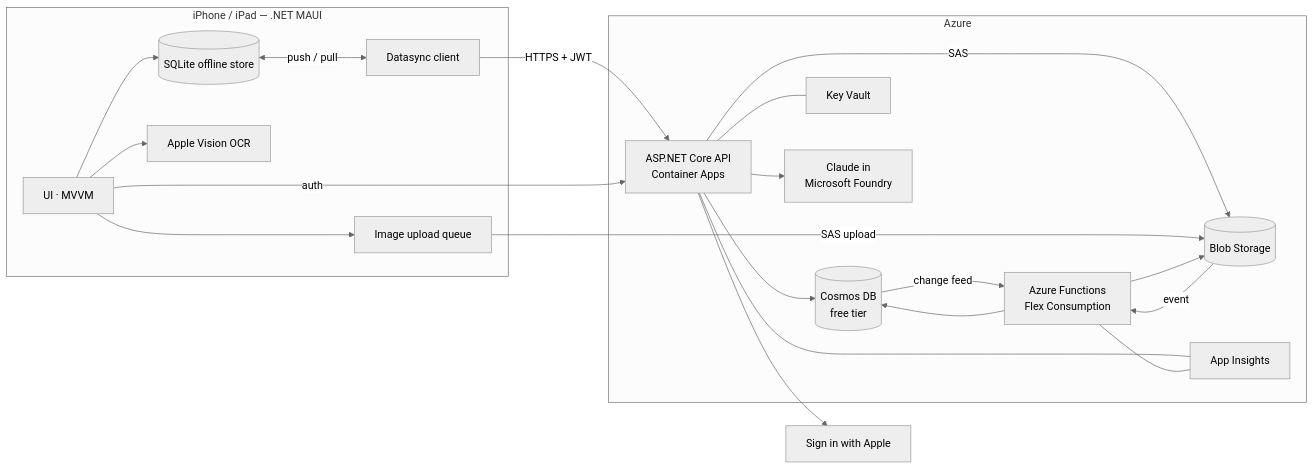
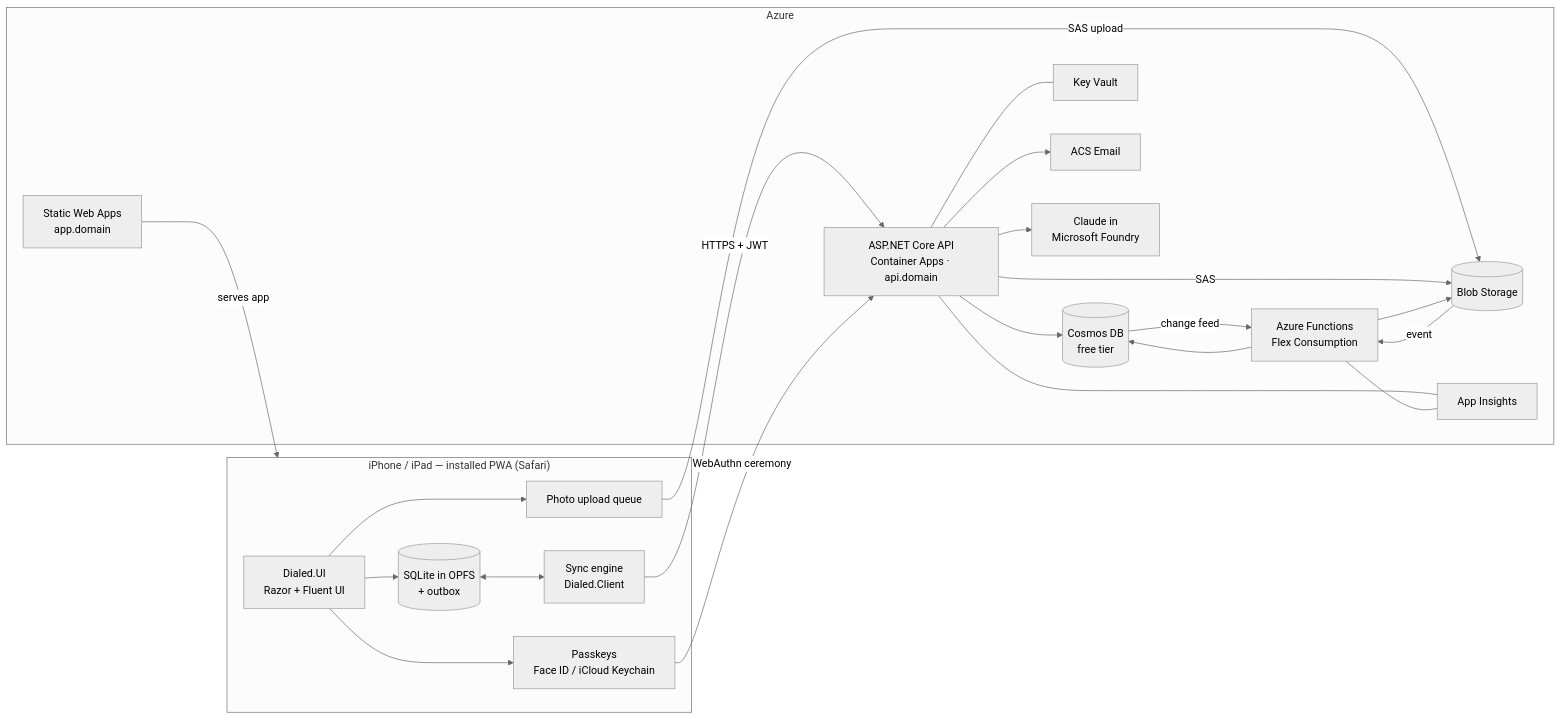
One commit to thopdev/Dialed changed the diagram in docs/PLAN.md. Above: the diagram before and after it, drawn with Mermaid (neutral theme). The commit also changed other lines of this file and 14 other files, not shown here.

First line of the commit message:
docs: switch client to a Blazor PWA (no Mac), passkeys and own sync

````diff
--- a/docs/PLAN.md
+++ b/docs/PLAN.md
@@ -89,36 +92,37 @@
 ```mermaid
 flowchart LR
-  subgraph Device["iPhone / iPad — .NET MAUI"]
-    UI[UI · MVVM] --> Local[(SQLite offline store)]
-    UI --> OCR[Apple Vision OCR]
-    Local <-->|push / pull| SyncClient[Datasync client]
-    UI --> ImgQ[Image upload queue]
+  subgraph Device["iPhone / iPad — installed PWA (Safari)"]
+    UI[Dialed.UI<br/>Razor + Fluent UI] --> Local[(SQLite in OPFS<br/>+ outbox)]
+    Local <--> Sync[Sync engine<br/>Dialed.Client]
+    UI --> ImgQ[Photo upload queue]
+    UI --> PK[Passkeys<br/>Face ID / iCloud Keychain]
   end
 
   subgraph Azure
-    API[ASP.NET Core API<br/>Container Apps]
+    SWA[Static Web Apps<br/>app.domain]
+    API[ASP.NET Core API<br/>Container Apps · api.domain]
     FN[Azure Functions<br/>Flex Consumption]
     DB[(Cosmos DB<br/>free tier)]
     BLOB[(Blob Storage)]
     KV[Key Vault]
+    MAIL[ACS Email]
     AI[Claude in<br/>Microsoft Foundry]
     MON[App Insights]
   end
 
-  Apple[Sign in with Apple]
-
-  SyncClient -->|HTTPS + JWT| API
-  UI -->|auth| API
-  API --> Apple
+  SWA -->|serves app| Device
+  Sync -->|HTTPS + JWT| API
+  PK -->|WebAuthn ceremony| API
+  ImgQ -->|SAS upload| BLOB
   API --> DB
   API -->|SAS| BLOB
-  ImgQ -->|SAS upload| BLOB
   API --> AI
+  API --> MAIL
   BLOB -->|event| FN
   DB -->|change feed| FN
   FN --> BLOB
   FN --> DB
   API --- KV
   API --- MON
   FN --- MON
 ```
````
